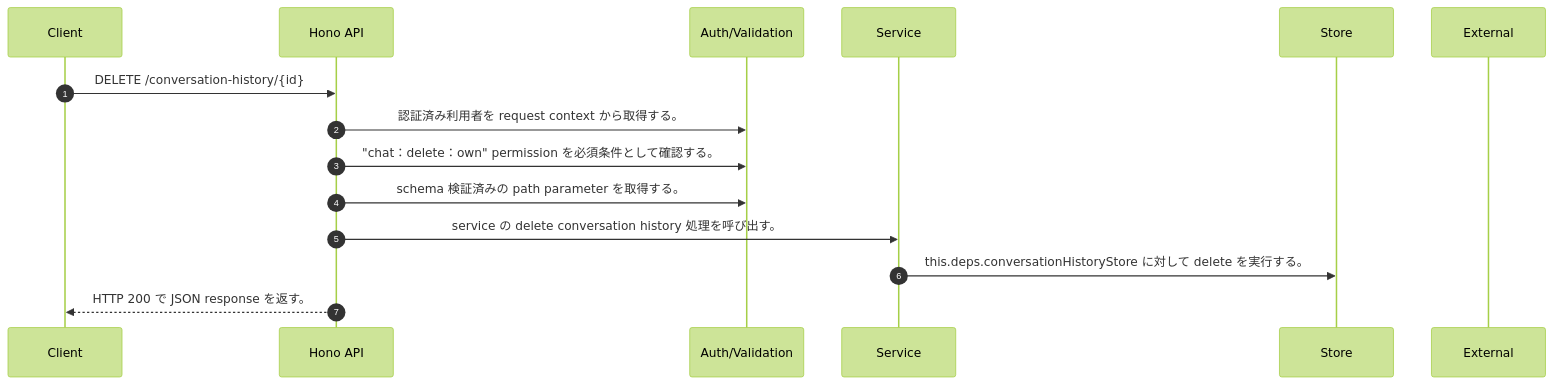
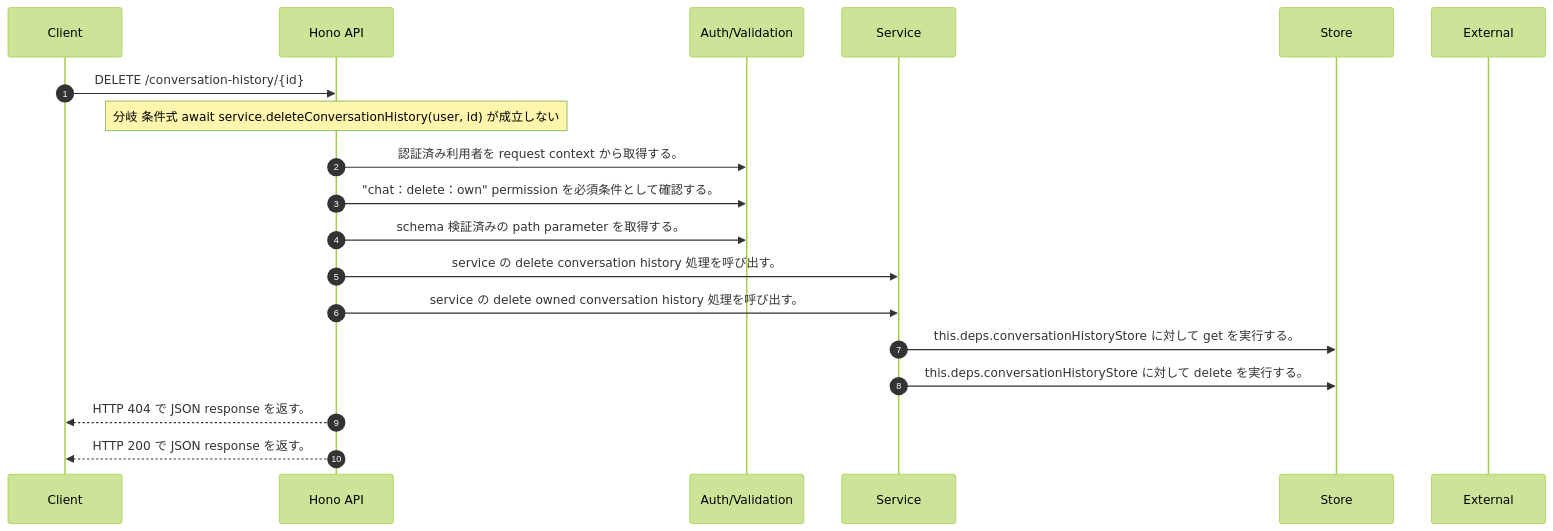
One commit to tsuji-tomonori/rag-assist changed the diagram in docs/generated/api-code/delete-conversation-history-id/sequence_gen.md. Above: the diagram before and after it, drawn with Mermaid (forest theme). The commit also changed other lines of this file and 141 other files, not shown here.

````diff
--- a/docs/generated/api-code/delete-conversation-history-id/sequence_gen.md
+++ b/docs/generated/api-code/delete-conversation-history-id/sequence_gen.md
@@ -7,17 +7,21 @@
 ```mermaid
 sequenceDiagram
   autonumber
   participant Client as Client
   participant API as Hono API
   participant Auth as Auth/Validation
   participant Service as Service
   participant Store as Store
   participant External as External
   Client->>API: DELETE /conversation-history/{id}
+  Note over API: 分岐 条件式 await service.deleteConversationHistory(user, id) が成立しない
   API->>Auth: 認証済み利用者を request context から取得する。
   API->>Auth: "chat：delete：own" permission を必須条件として確認する。
   API->>Auth: schema 検証済みの path parameter を取得する。
   API->>Service: service の delete conversation history 処理を呼び出す。
+  API->>Service: service の delete owned conversation history 処理を呼び出す。
+  Service->>Store: this.deps.conversationHistoryStore に対して get を実行する。
   Service->>Store: this.deps.conversationHistoryStore に対して delete を実行する。
+  API-->>Client: HTTP 404 で JSON response を返す。
   API-->>Client: HTTP 200 で JSON response を返す。
 ```
````
